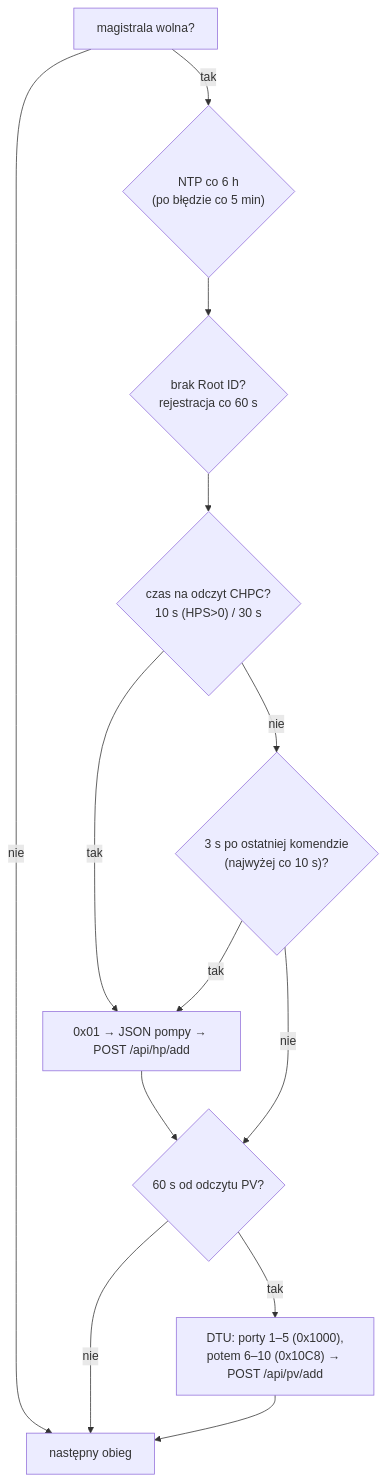
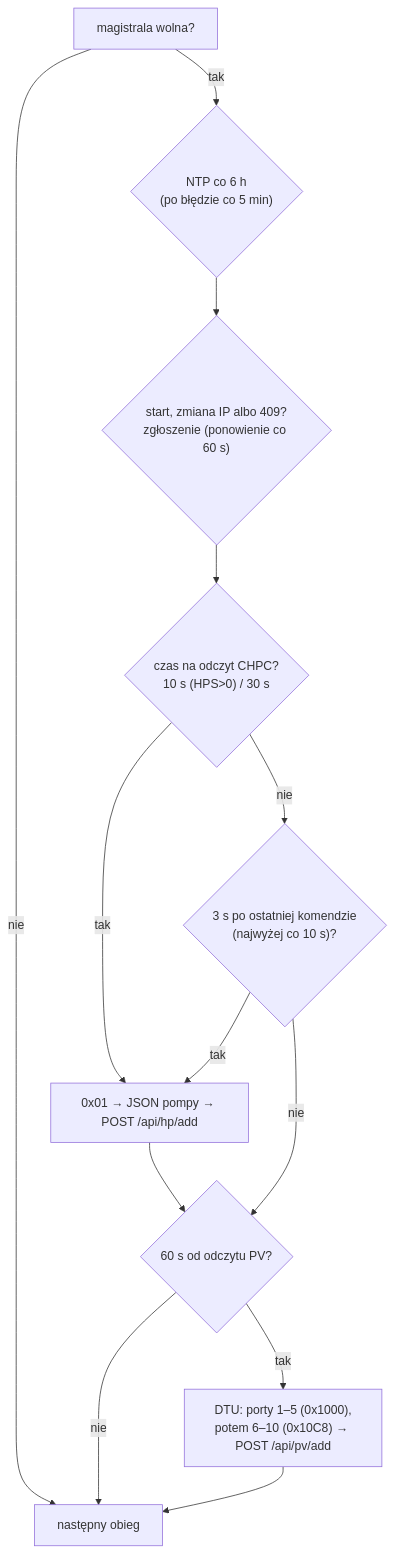
The second of 6 diagrams in devices/co/docs/2-zasada-dzialania.md (robertorlowski/chpc-web), drawn with Mermaid before and after one commit. The commit also changed other lines of this file and 30 other files, not shown here.

````diff
--- a/devices/co/docs/2-zasada-dzialania.md
+++ b/devices/co/docs/2-zasada-dzialania.md
@@ -36,15 +36,15 @@
 ```mermaid
 flowchart TD
     A["magistrala wolna?"] -- nie --> Z["następny obieg"]
     A -- tak --> NTP{"NTP co 6 h<br/>(po błędzie co 5 min)"}
-    NTP --> REG{"brak Root ID?<br/>rejestracja co 60 s"}
+    NTP --> REG{"start, zmiana IP albo 409?<br/>zgłoszenie (ponowienie co 60 s)"}
     REG --> HP{"czas na odczyt CHPC?<br/>10 s (HPS>0) / 30 s"}
     HP -- tak --> R1["0x01 → JSON pompy → POST /api/hp/add"]
     HP -- nie --> FAST{"3 s po ostatniej komendzie<br/>(najwyżej co 10 s)?"}
     FAST -- tak --> R1
     R1 --> PV{"60 s od odczytu PV?"}
     FAST -- nie --> PV
     PV -- tak --> R2["DTU: porty 1–5 (0x1000),<br/>potem 6–10 (0x10C8) → POST /api/pv/add"]
     PV -- nie --> Z
     R2 --> Z
 ```
````
